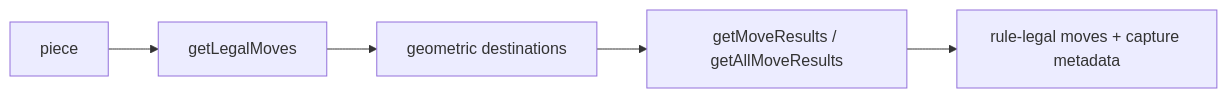
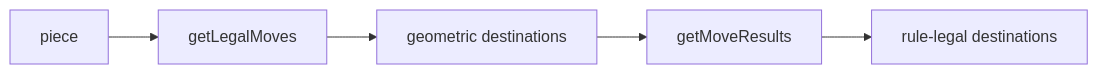
One commit to machxanht/Rek-Khmer-Chess changed the fourth of 7 diagrams in ENGINE_ARCHITECTURE_REK_KHMER.md. Above: the diagram before and after it, drawn with Mermaid. The commit also changed other lines of this file and 50 other files, not shown here.

````diff
--- a/ENGINE_ARCHITECTURE_REK_KHMER.md
+++ b/ENGINE_ARCHITECTURE_REK_KHMER.md
@@ -221,7 +208,7 @@
 ```mermaid
 flowchart LR
     P[piece] --> GEO[getLegalMoves]
     GEO --> G[geometric destinations]
-    G --> RULE[getMoveResults / getAllMoveResults]
-    RULE --> R[rule-legal moves + capture metadata]
+    G --> RULE[getMoveResults]
+    RULE --> R[rule-legal destinations]
 ```
````
